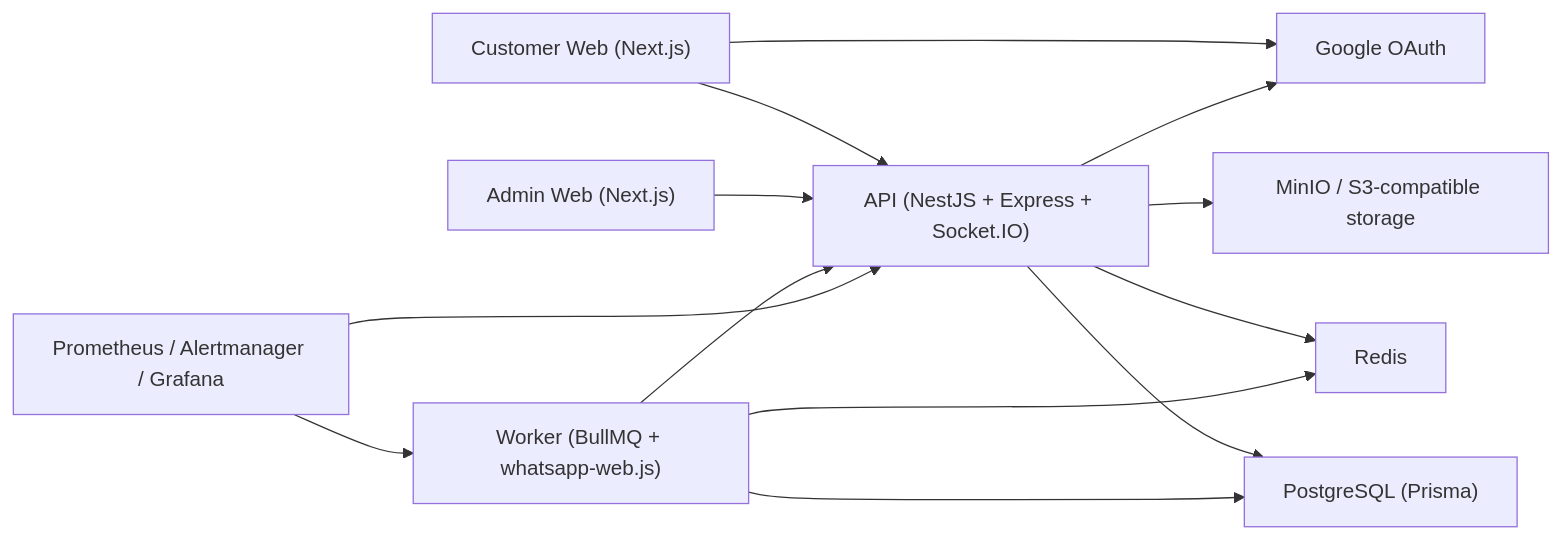
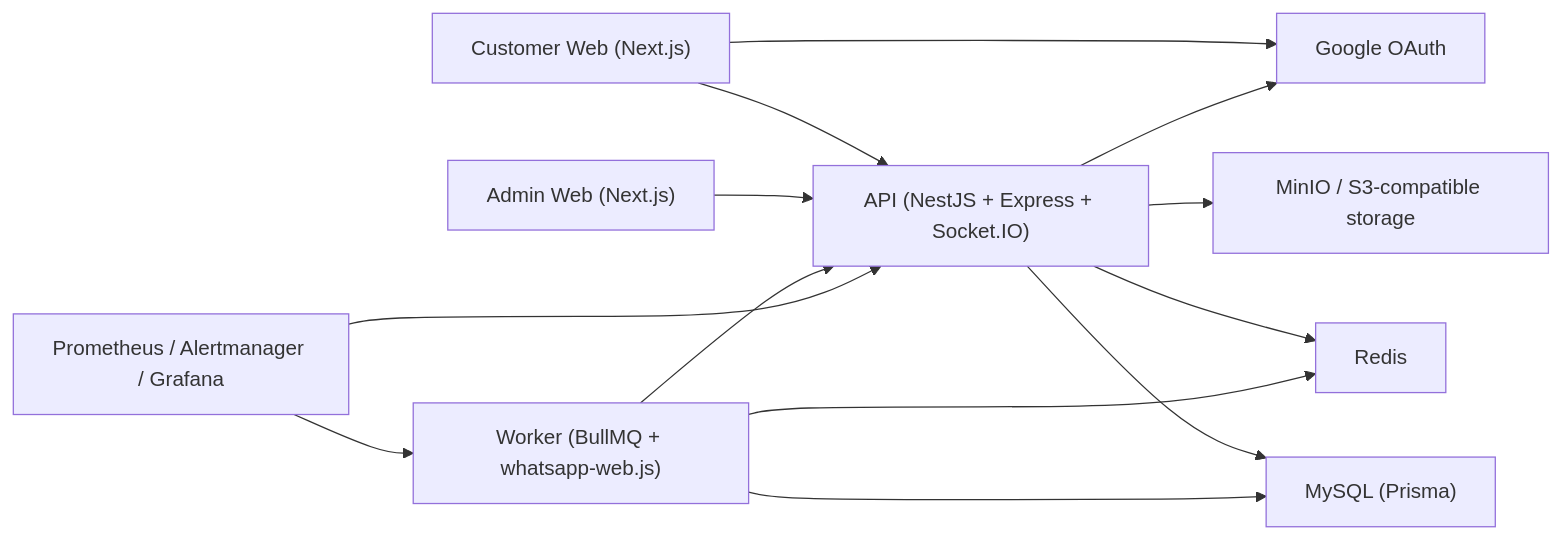
The diagram in docs/current-status/product-design/system-architecture-document.md (fekrtech2025-droid/EliteMessage), drawn with Mermaid before and after one commit. The commit also changed other lines of this file and 54 other files, not shown here.

Commit message:
Migrate the platform from PostgreSQL to MySQL

````diff
--- a/docs/current-status/product-design/system-architecture-document.md
+++ b/docs/current-status/product-design/system-architecture-document.md
@@ -18,25 +18,25 @@
 ```mermaid
 flowchart LR
   CW["Customer Web (Next.js)"]
   AW["Admin Web (Next.js)"]
   API["API (NestJS + Express + Socket.IO)"]
   WK["Worker (BullMQ + whatsapp-web.js)"]
-  DB["PostgreSQL (Prisma)"]
+  DB["MySQL (Prisma)"]
   REDIS["Redis"]
   S3["MinIO / S3-compatible storage"]
   OBS["Prometheus / Alertmanager / Grafana"]
   GOOGLE["Google OAuth"]
 
   CW --> API
   AW --> API
   API --> DB
   API --> REDIS
   API --> S3
   WK --> DB
   WK --> REDIS
   WK --> API
   OBS --> API
   OBS --> WK
   CW --> GOOGLE
   API --> GOOGLE
 ```
````
